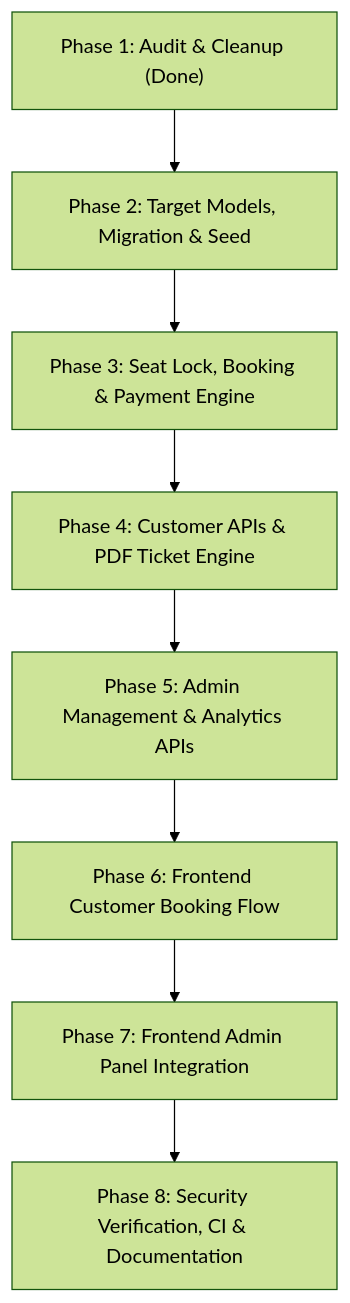
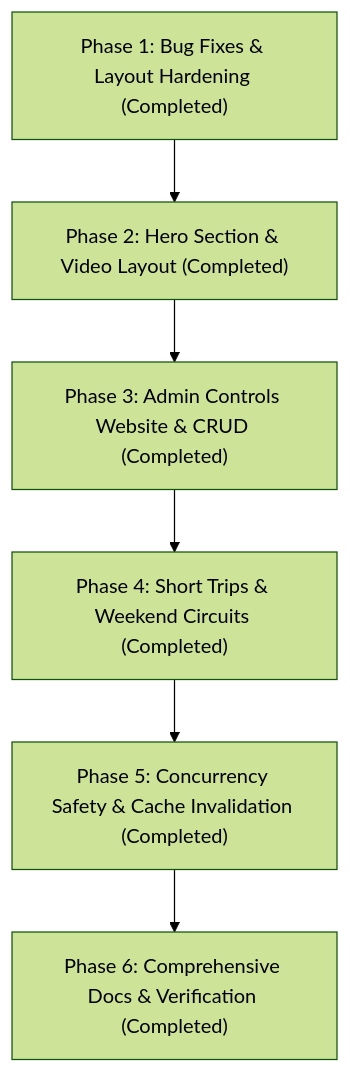
One commit to dip91314-coder/bus-booking-app changed the diagram in docs/GAP_ANALYSIS.md. Above: the diagram before and after it, drawn with Mermaid (forest theme). The commit also changed other lines of this file and 3 other files, not shown here.

Commit message:
docs: update API documentation, database schemas, gap analysis, and README for Phase 6

````diff
--- a/docs/GAP_ANALYSIS.md
+++ b/docs/GAP_ANALYSIS.md
@@ -131,10 +131,8 @@
 ```mermaid
 flowchart TD
-    P1["Phase 1: Audit & Cleanup (Done)"] --> P2["Phase 2: Target Models, Migration & Seed"]
-    P2 --> P3["Phase 3: Seat Lock, Booking & Payment Engine"]
-    P3 --> P4["Phase 4: Customer APIs & PDF Ticket Engine"]
-    P4 --> P5["Phase 5: Admin Management & Analytics APIs"]
-    P5 --> P6["Phase 6: Frontend Customer Booking Flow"]
-    P6 --> P7["Phase 7: Frontend Admin Panel Integration"]
-    P7 --> P8["Phase 8: Security Verification, CI & Documentation"]
+    P1["Phase 1: Bug Fixes & Layout Hardening (Completed)"] --> P2["Phase 2: Hero Section & Video Layout (Completed)"]
+    P2 --> P3["Phase 3: Admin Controls Website & CRUD (Completed)"]
+    P3 --> P4["Phase 4: Short Trips & Weekend Circuits (Completed)"]
+    P4 --> P5["Phase 5: Concurrency Safety & Cache Invalidation (Completed)"]
+    P5 --> P6["Phase 6: Comprehensive Docs & Verification (Completed)"]
 ```
````
